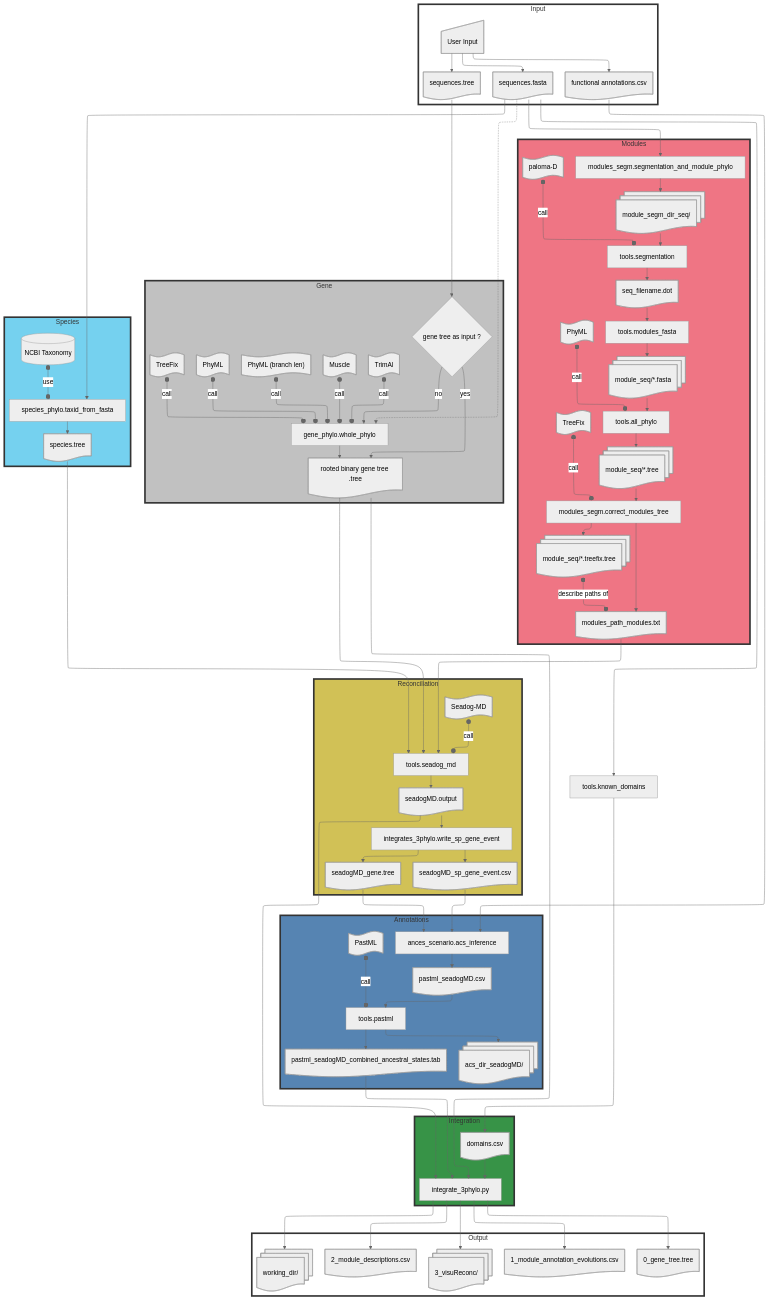
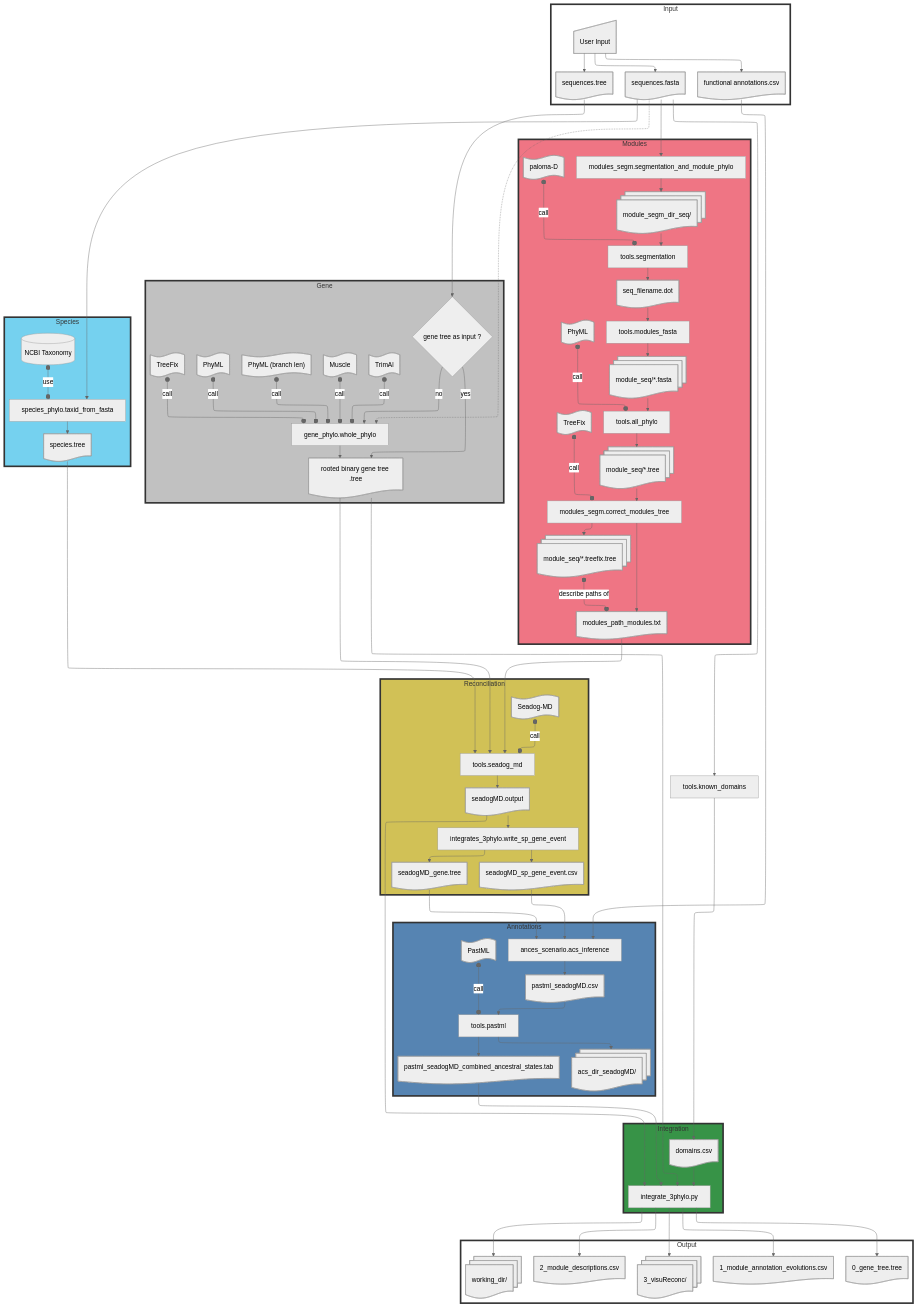
One commit to OcMalde/fuse-phylotree changed the diagram in README.md. Above: the diagram before and after it, drawn with Mermaid.

Commit message:
readme mermaid test

```diff
--- a/README.md
+++ b/README.md
@@ -21,7 +21,7 @@
 config:
   layout: elk
   elk:
-    nodePlacementStrategy: LINEAR_SEGMENTS
+    nodePlacementStrategy: NETWORK_SIMPLEX
   look: classic
   theme: neutral
   fontSize: 50
```
